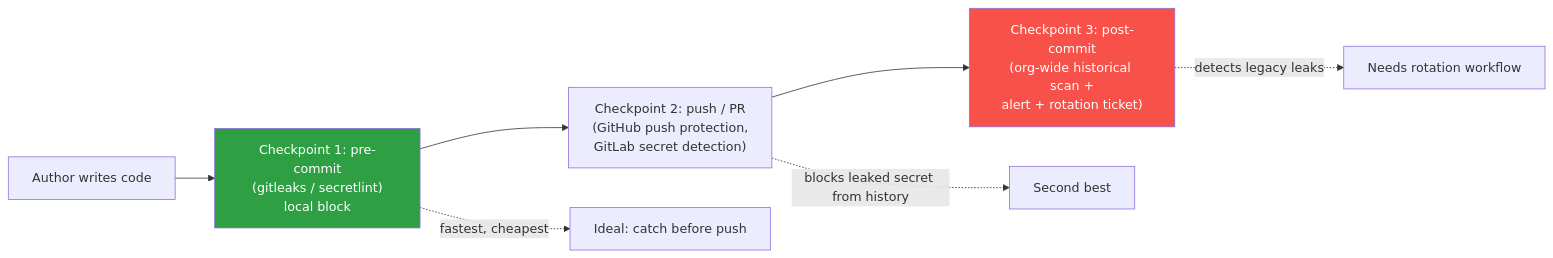
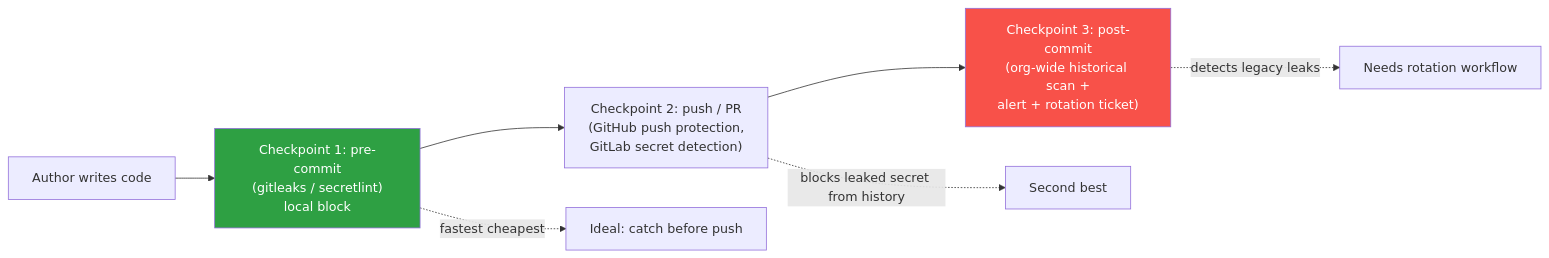
One commit to bumbsclaw/textbooks changed the sixth of 7 diagrams in book-07-source-security/ch04-secrets-in-source.md. Above: the diagram before and after it, drawn with Mermaid. The commit also changed 173 other files, not shown here.

First line of the commit message:
fix(mermaid): close note brackets, semicolons in Notes, stateDiagram br -> dash, edge parens

````diff
--- a/book-07-source-security/ch04-secrets-in-source.md
+++ b/book-07-source-security/ch04-secrets-in-source.md
@@ -686,11 +686,11 @@
 ```mermaid
 flowchart LR
   A["Author writes code"] --> B["Checkpoint 1: pre-commit<br/>(gitleaks / secretlint)<br/>local block"]
   B --> C["Checkpoint 2: push / PR<br/>(GitHub push protection,<br/>GitLab secret detection)"]
   C --> D["Checkpoint 3: post-commit<br/>(org-wide historical scan +<br/>alert + rotation ticket)"]
-  B -.->|"fastest, cheapest"| E["Ideal: catch before push"]
+  B -.->|"fastest cheapest"| E["Ideal: catch before push"]
   C -.->|"blocks leaked secret from history"| F["Second best"]
   D -.->|"detects legacy leaks"| G["Needs rotation workflow"]
   style D fill:#f85149,color:#fff
   style B fill:#2ea043,color:#fff
 ```
````
